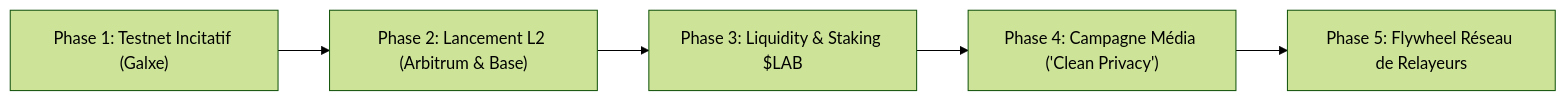
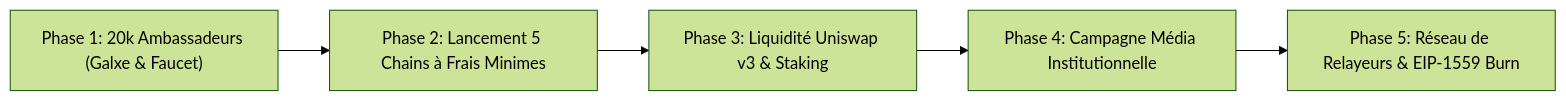
One commit to blocfund66-cyber/Labyrinth-Protocol changed the diagram in cahier_de_strategie.md. Above: the diagram before and after it, drawn with Mermaid (forest theme). The commit also changed other lines of this file and 1 other file, not shown here.

Commit message:
docs(gtm): Update GTM strategy notebook and PioneerQuests tab to reflect 20,000 Early Adopter Ambassador cohort (1,000  reward), 5 low-gas chain strategy (Arbitrum, Base, OP, Polygon, BSC), and custom domain policy

````diff
--- a/cahier_de_strategie.md
+++ b/cahier_de_strategie.md
@@ -13,7 +13,7 @@
 ```mermaid
 graph LR
-    A["Phase 1: Testnet Incitatif (Galxe)"] --> B["Phase 2: Lancement L2 (Arbitrum & Base)"]
-    B --> C["Phase 3: Liquidity & Staking $LAB"]
-    C --> D["Phase 4: Campagne Média ('Clean Privacy')"]
-    D --> E["Phase 5: Flywheel Réseau de Relayeurs"]
+    A["Phase 1: 20k Ambassadeurs (Galxe & Faucet)"] --> B["Phase 2: Lancement 5 Chains à Frais Minimes"]
+    B --> C["Phase 3: Liquidité Uniswap v3 & Staking"]
+    C --> D["Phase 4: Campagne Média Institutionnelle"]
+    D --> E["Phase 5: Réseau de Relayeurs & EIP-1559 Burn"]
 ```
````
